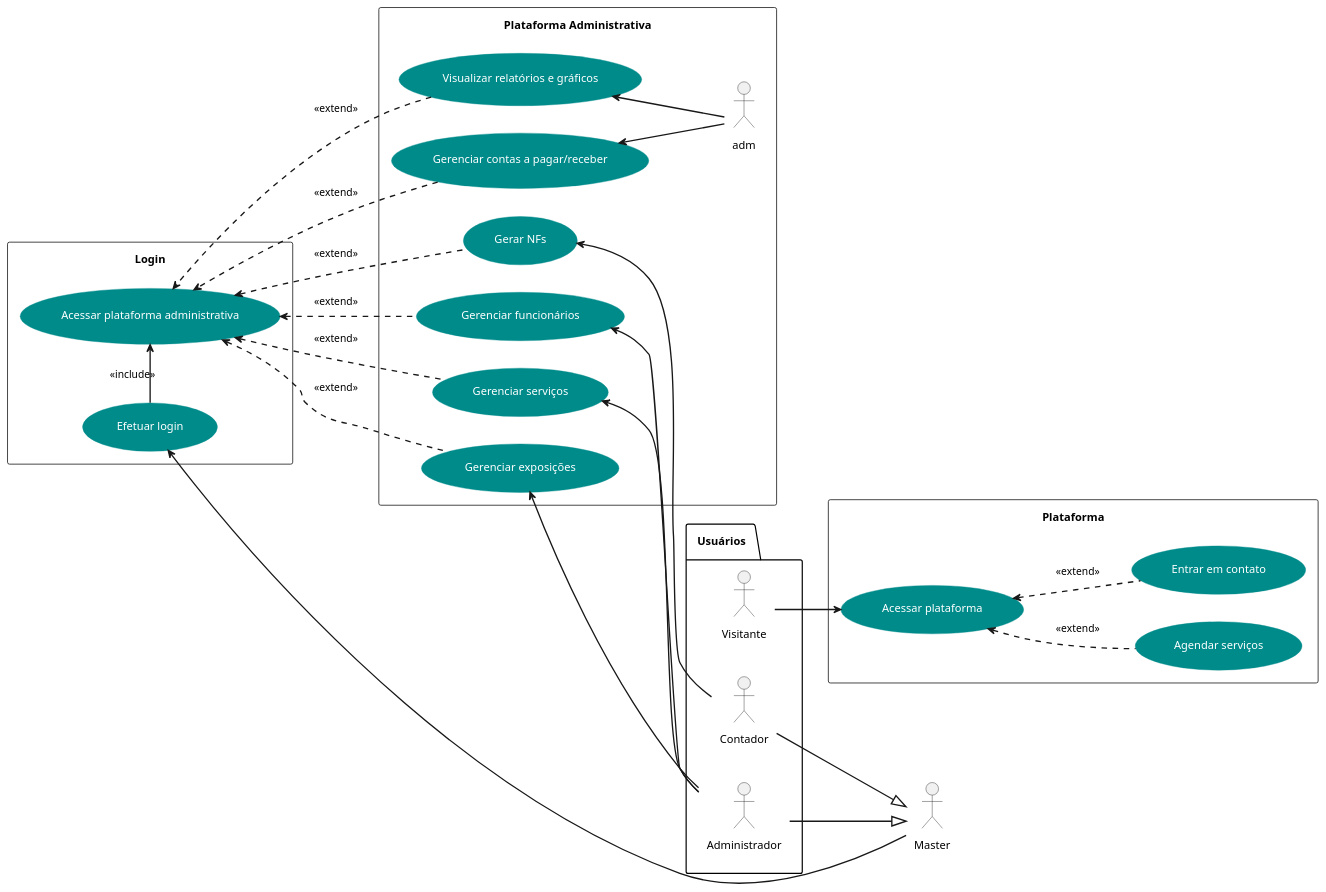
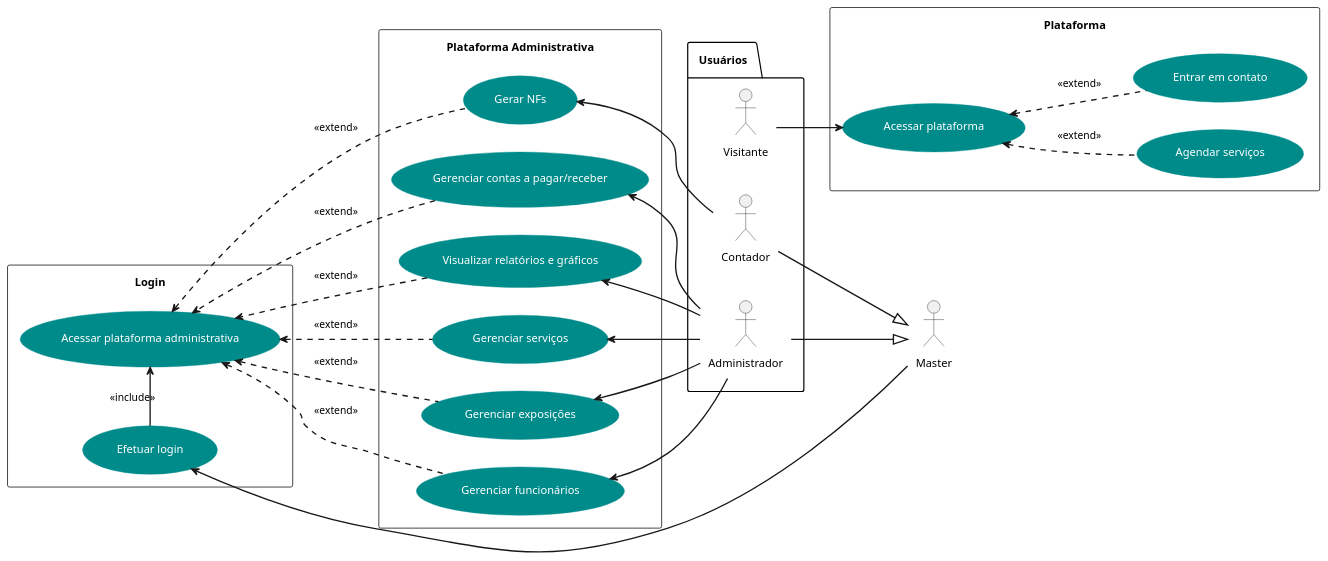
One commit to eslrzr/tcc changed the diagram in storage/diagrams/ucd-v1.wsd. Above: the diagram before and after it, drawn with PlantUML.

Commit message:
fix: declaração de atores

```diff
--- a/storage/diagrams/ucd-v1.wsd
+++ b/storage/diagrams/ucd-v1.wsd
@@ -1,69 +1,69 @@
 @startuml ucd-v1
 left to right direction
 skinparam usecase {
   BackgroundColor darkcyan
   BorderColor darkcyan
   FontColor white
 }
 
 skinparam arrow {
     ArrowColor black
     Thickness 1.7
 }
 
 skinparam Linetype linear
 skinparam Padding 10
 
 actor "Master" as master
 
 package "Usuários" {
     actor "Administrador" as admin
     actor "Contador" as contador
     actor "Visitante" as visitante
 }
 
 ' Master engloba todos os usuários de administração
 admin --|> master
 contador --|> master
 
 ' Exemplificando ação de login
 rectangle "Login" as login {
     usecase "Efetuar login" as efetuarLogin
     usecase "Acessar plataforma administrativa" as acessarAdminitstrativo
     master -u-> (efetuarLogin)
     (efetuarLogin) -l-> (acessarAdminitstrativo) : <<include>>
 }
 
 ' Exemplificando ações da área administrativa
 rectangle "Plataforma Administrativa" as plataformaAdministrativa {
     usecase "Gerenciar funcionários" as gerenciarFuncionarios
     usecase "Visualizar relatórios e gráficos" as relatoriosGraficos
     usecase "Gerenciar contas a pagar/receber" as gerenciarContas
     usecase "Gerenciar serviços" as gerenciarServicos
     usecase "Gerar NFs" as gerarNFs
     usecase "Gerenciar exposições" as gerenciarExposicoes
     admin -u-> (gerenciarFuncionarios)
     (gerenciarFuncionarios) .u.> (acessarAdminitstrativo) : <<extend>>
     admin -u-> (gerenciarExposicoes)
     (gerenciarExposicoes) .u.> (acessarAdminitstrativo) : <<extend>>
     admin -u-> (gerenciarServicos)
     (gerenciarServicos) .u.> (acessarAdminitstrativo) : <<extend>>
-    adm -u-> (relatoriosGraficos)
+    admin -u-> (relatoriosGraficos)
     (acessarAdminitstrativo) <.u. (relatoriosGraficos) : <<extend>>
-    adm -u-> (gerenciarContas)
+    admin -u-> (gerenciarContas)
     (acessarAdminitstrativo) <.u. (gerenciarContas) : <<extend>>
     contador -u-> (gerarNFs)
     (gerarNFs) .u.> (acessarAdminitstrativo) : <<extend>>
 }
 
 ' Exemplificando ações da plataforma
 rectangle "Plataforma" as plataforma {
     usecase "Acessar plataforma" as acessarPlataforma
     usecase "Agendar serviços" as agendarServicos
     usecase "Entrar em contato" as contato
     visitante -d-> (acessarPlataforma)
     (acessarPlataforma) <.d. (agendarServicos) : <<extend>>
     (acessarPlataforma) <.d. (contato) : <<extend>>
 }
 
 @enduml
```
